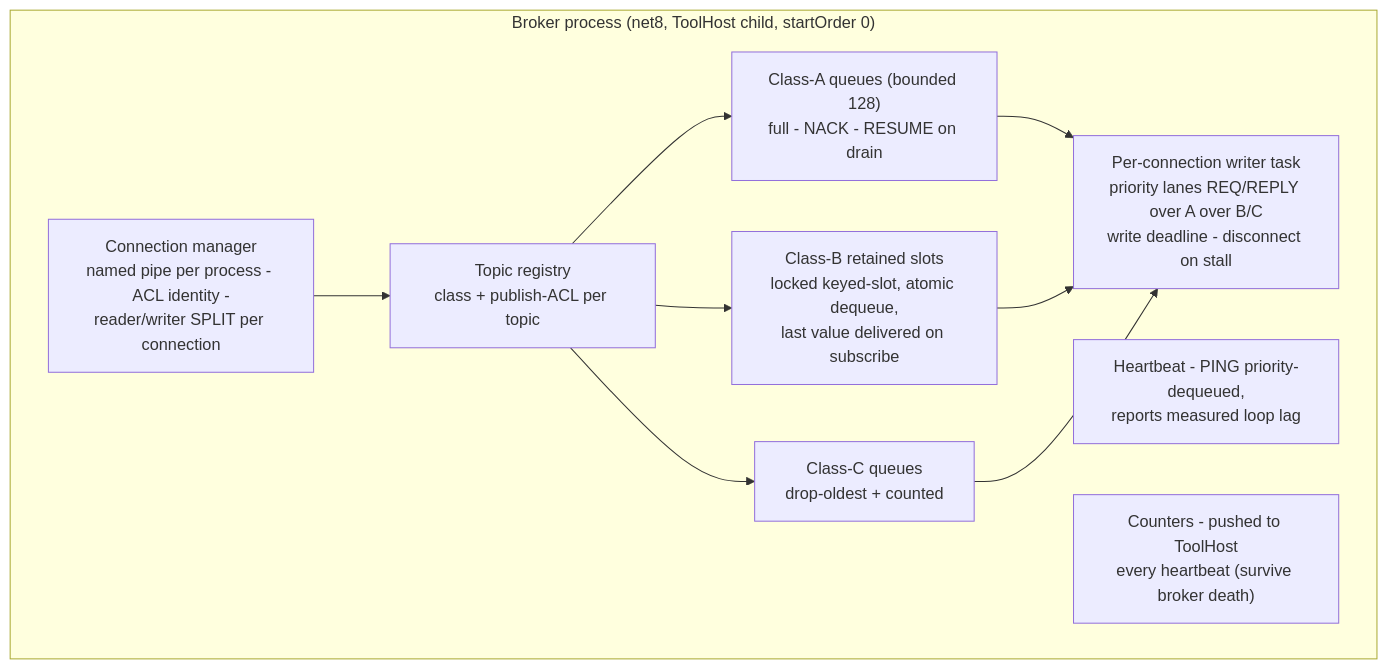
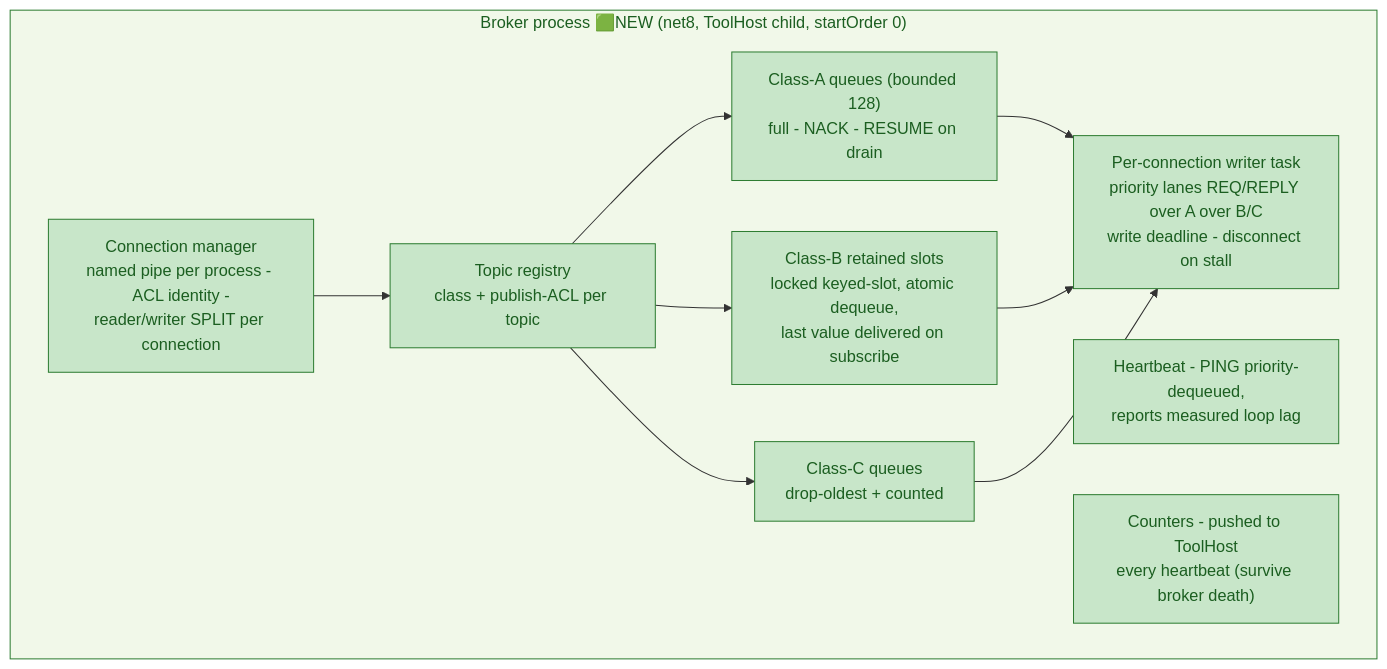
Before and after one commit to amitA-camtek/bus_gateway: the eighth of 15 diagrams in stage/01-system-architecture.md, drawn with Mermaid. The commit also changed other lines of this file and 11 other files, not shown here.

````diff
--- a/stage/01-system-architecture.md
+++ b/stage/01-system-architecture.md
@@ -180,14 +209,19 @@
 ```mermaid
 flowchart TB
-    subgraph B["Broker process (net8, ToolHost child, startOrder 0)"]
+    subgraph B["Broker process 🟩NEW (net8, ToolHost child, startOrder 0)"]
         CONN["Connection manager\nnamed pipe per process - ACL identity -\nreader/writer SPLIT per connection"]
         REG["Topic registry\nclass + publish-ACL per topic"]
         QA["Class-A queues (bounded 128)\nfull - NACK - RESUME on drain"]
         QB["Class-B retained slots\nlocked keyed-slot, atomic dequeue,\nlast value delivered on subscribe"]
         QC["Class-C queues\ndrop-oldest + counted"]
         WR["Per-connection writer task\npriority lanes REQ/REPLY over A over B/C\nwrite deadline - disconnect on stall"]
         HB["Heartbeat - PING priority-dequeued,\nreports measured loop lag"]
         CTR["Counters - pushed to ToolHost\nevery heartbeat (survive broker death)"]
     end
     CONN --> REG --> QA & QB & QC --> WR
+
+    %% Entire broker is 🟩NEW (Camtek.Messaging.Broker) — every node below is new.
+    classDef new fill:#C8E6C9,stroke:#2E7D32,color:#1B5E20;
+    class CONN,REG,QA,QB,QC,WR,HB,CTR new;
+    style B fill:#F1F8E9,stroke:#2E7D32,color:#1B5E20;
 ```
````
